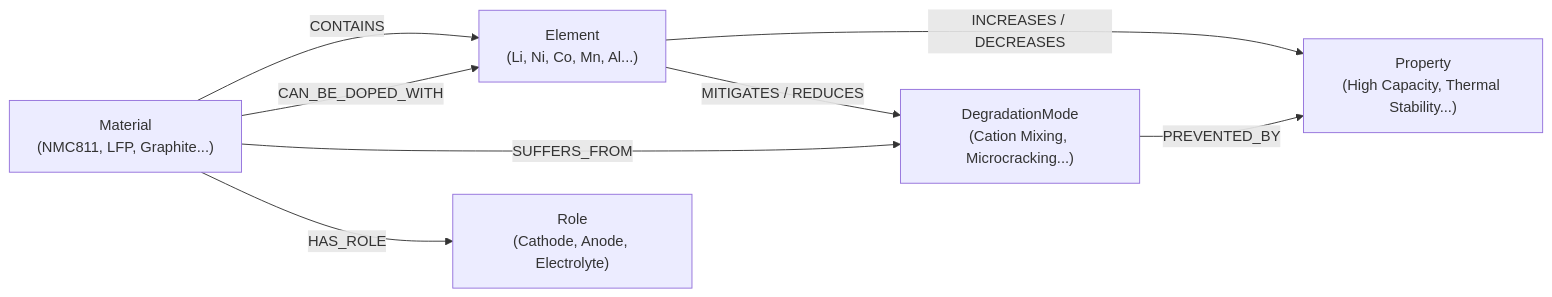
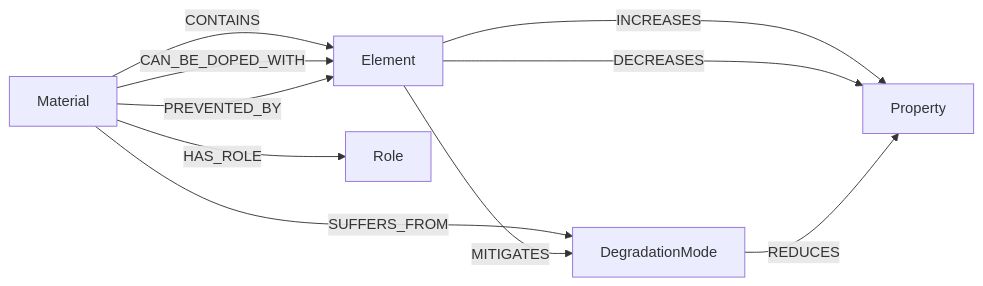
Diagram 13 of 18 in README.md (Rahul-8283/AURA_Data_Driven), drawn with Mermaid before and after one commit. The commit also changed other lines of this file, not shown here.

````diff
--- a/README.md
+++ b/README.md
@@ -572,16 +554,18 @@
 ```mermaid
-graph LR
-    Material["Material<br/>(NMC811, LFP, Graphite...)"]
-    Element["Element<br/>(Li, Ni, Co, Mn, Al...)"]
-    Property["Property<br/>(High Capacity, Thermal Stability...)"]
-    Degradation["DegradationMode<br/>(Cation Mixing, Microcracking...)"]
-    Role["Role<br/>(Cathode, Anode, Electrolyte)"]
+flowchart LR
+    Material["Material"]
+    Element["Element"]
+    Property["Property"]
+    Degradation["DegradationMode"]
+    Role["Role"]
 
-    Material -->|CONTAINS| Element
-    Material -->|CAN_BE_DOPED_WITH| Element
-    Material -->|SUFFERS_FROM| Degradation
-    Material -->|HAS_ROLE| Role
-    Element -->|INCREASES / DECREASES| Property
-    Element -->|MITIGATES / REDUCES| Degradation
-    Degradation -->|PREVENTED_BY| Property
+    Material -->|"CONTAINS"| Element
+    Material -->|"CAN_BE_DOPED_WITH"| Element
+    Material -->|"PREVENTED_BY"| Element
+    Material -->|"SUFFERS_FROM"| Degradation
+    Material -->|"HAS_ROLE"| Role
+    Element -->|"MITIGATES"| Degradation
+    Element -->|"INCREASES"| Property
+    Element -->|"DECREASES"| Property
+    Degradation -->|"REDUCES"| Property
 ```
````
